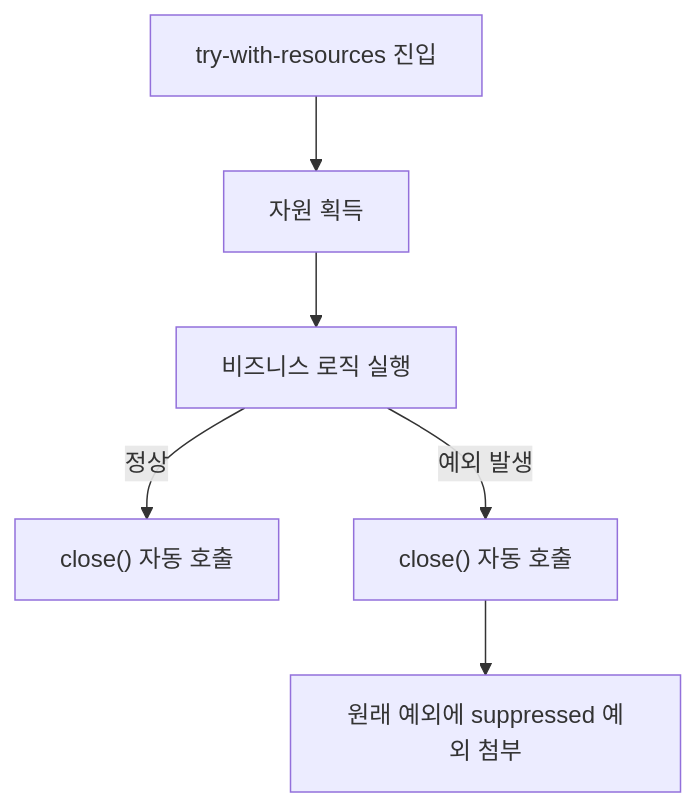
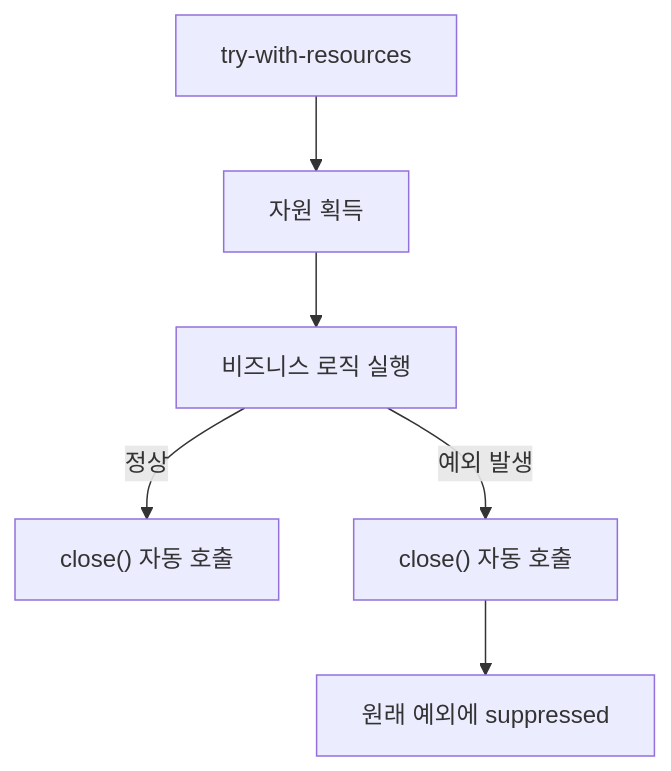
The fifth of 5 diagrams in _posts/effective_java/2026-05-03-effective-java-object-creation.md (yjkim2015/yjkim2015.github.io), drawn with Mermaid before and after one commit. The commit also changed other lines of this file and 271 other files, not shown here.

First line of the commit message:
Mermaid 라벨 축소: 긴 노드 텍스트 18자 이하로 트림 + \n 제거

````diff
--- a/_posts/effective_java/2026-05-03-effective-java-object-creation.md
+++ b/_posts/effective_java/2026-05-03-effective-java-object-creation.md
@@ -337,8 +337,8 @@
 ```mermaid
 flowchart TD
-    A["try-with-resources 진입"] --> B["자원 획득"]
+    A["try-with-resources"] --> B["자원 획득"]
     B --> C["비즈니스 로직 실행"]
     C -->|"정상"| D["close() 자동 호출"]
     C -->|"예외 발생"| E["close() 자동 호출"]
-    E --> F["원래 예외에 suppressed 예외 첨부"]
+    E --> F["원래 예외에 suppressed"]
 ```
````
